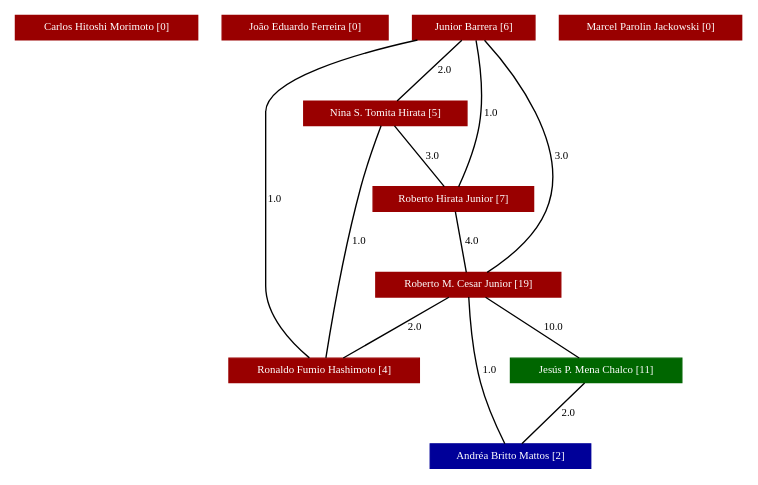
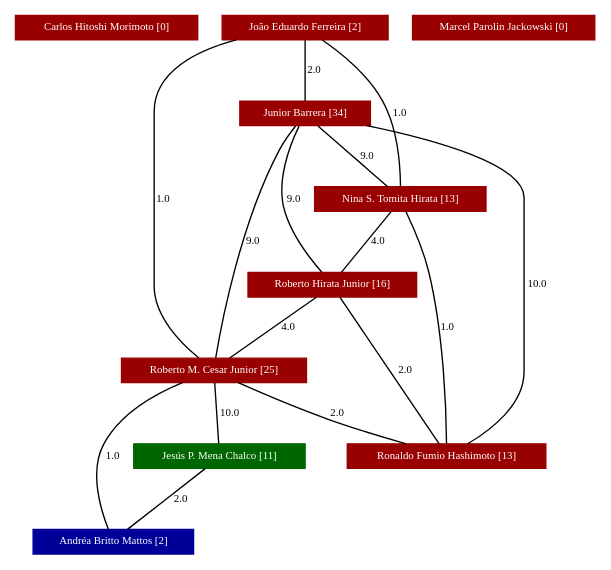
Before and after one commit to charles-souza/tcc-script-lattes: the diagram in exemplo/teste-02/grafoDeColaboracoesComPesos.dot, drawn with Graphviz. The commit also changed 330 other files, not shown here.

```diff
--- a/exemplo/teste-02/grafoDeColaboracoesComPesos.dot
+++ b/exemplo/teste-02/grafoDeColaboracoesComPesos.dot
@@ -1,25 +1,29 @@
 strict graph grafo2 {
-	graph [bb="0,0,534,338", id=grafo2, overlap=False];
+	graph [bb="0,0,426,402", id=grafo2, overlap=False];
 	node [label="\N", fontsize=8, shape=rectangle, style=filled];
-	0 [label="Carlos Hitoshi Morimoto [0]", URL="http://lattes.cnpq.br/4575931307749163", color="#990000", fontcolor="#FFFFFF", height="0.25", pos="67,329", width="1.8611"];
-	1 [label="João Eduardo Ferreira [0]", URL="http://lattes.cnpq.br/0131770792108992", color="#990000", fontcolor="#FFFFFF", height="0.25", pos="213,329", width="1.6944"];
-	2 [label="Junior Barrera [6]", URL="http://lattes.cnpq.br/0362417828475021", color="#990000", fontcolor="#FFFFFF", height="0.25", pos="337,329", width="1.25"];
-	5 [label="Roberto Hirata Junior [7]", URL="http://lattes.cnpq.br/1647118503085126", color="#990000", fontcolor="#FFFFFF", height="0.25", pos="219,201", width="1.6389"];
-	7 [label="Ronaldo Fumio Hashimoto [4]", URL="http://lattes.cnpq.br/9283304583756076", color="#990000", fontcolor="#FFFFFF", height="0.25", pos="434,73", width="1.9444"];
-	6 [label="Roberto M. Cesar Junior [19]", URL="http://lattes.cnpq.br/2240951178648368", color="#990000", fontcolor="#FFFFFF", height="0.25", pos="283,137", width="1.8889"];
-	4 [label="Nina S. Tomita Hirata [5]", URL="http://lattes.cnpq.br/0644408634493034", color="#990000", fontcolor="#FFFFFF", height="0.25", pos="394,265", width="1.6667"];
-	9 [label="Andréa Britto Mattos [2]", URL="http://lattes.cnpq.br/2837012019824386", color="#000099", fontcolor="#FFFFFF", height="0.25", pos="220,9", width="1.6389"];
-	8 [label="Jesús P. Mena Chalco [11]", URL="http://lattes.cnpq.br/4727357182510680", color="#006600", fontcolor="#FFFFFF", height="0.25", pos="283,73", width="1.75"];
-	3 [label="Marcel Parolin Jackowski [0]", URL="http://lattes.cnpq.br/0926213060635986", color="#990000", fontcolor="#FFFFFF", height="0.25", pos="467,329", width="1.8611"];
-	2 -- 5 [fontsize=8, label="1.0", lp="272,265", pos="317.89,319.78 309.41,315.15 299.65,309.02 292,302 260.6,273.18 234.3,228.9 223.84,210.03"];
-	2 -- 7 [fontsize=8, label="1.0", lp="489,201", pos="375.86,319.91 418.81,308.7 482,288.25 482,265 482,265 482,265 482,137 482,113.67 461.33,93.396 447.12,82.217"];
-	2 -- 6 [fontsize=8, label="3.0", lp="313,233", pos="333.51,319.8 327.4,303.49 314.6,268.35 306,238 296.54,204.61 288.27,164.16 284.77,146.27"];
-	2 -- 4 [fontsize=8, label="2.0", lp="375,297", pos="345.17,319.83 356,307.66 375.02,286.31 385.85,274.15"];
-	6 -- 9 [fontsize=8, label="1.0", lp="204,73", pos="255.89,127.83 235.65,119.39 209.43,104.7 197,82 185.39,60.787 201.91,32.84 212.43,18.455"];
-	6 -- 8 [fontsize=8, label="10.0", lp="292.5,105", pos="283,127.83 283,115.66 283,94.31 283,82.153"];
-	6 -- 7 [fontsize=8, label="2.0", lp="374,105", pos="304.31,127.97 332.93,115.84 383.5,94.406 412.31,82.195"];
-	4 -- 5 [fontsize=8, label="3.0", lp="352,233", pos="379.19,255.85 365.34,247.63 343.87,235.68 324,228 304.69,220.53 282.59,214.5 263.66,210.04"];
-	4 -- 7 [fontsize=8, label="1.0", lp="421,169", pos="395.88,256 402.58,223.82 425.31,114.71 432.08,82.207"];
-	5 -- 6 [fontsize=8, label="4.0", lp="261,169", pos="228.17,191.83 240.34,179.66 261.69,158.31 273.85,146.15"];
-	8 -- 9 [fontsize=8, label="2.0", lp="262,41", pos="273.97,63.83 262,51.664 240.98,30.31 229.01,18.153"];
+	0 [label="Carlos Hitoshi Morimoto [0]", URL="http://lattes.cnpq.br/4575931307749163", color="#990000", fontcolor="#FFFFFF", height="0.25", pos="67,393", width="1.8611"];
+	1 [label="João Eduardo Ferreira [2]", URL="http://lattes.cnpq.br/0131770792108992", color="#990000", fontcolor="#FFFFFF", height="0.25", pos="213,393", width="1.6944"];
+	4 [label="Nina S. Tomita Hirata [13]", URL="http://lattes.cnpq.br/0644408634493034", color="#990000", fontcolor="#FFFFFF", height="0.25", pos="284,265", width="1.75"];
+	6 [label="Roberto M. Cesar Junior [25]", URL="http://lattes.cnpq.br/2240951178648368", color="#990000", fontcolor="#FFFFFF", height="0.25", pos="145,137", width="1.8889"];
+	2 [label="Junior Barrera [34]", URL="http://lattes.cnpq.br/0362417828475021", color="#990000", fontcolor="#FFFFFF", height="0.25", pos="213,329", width="1.3333"];
+	7 [label="Ronaldo Fumio Hashimoto [13]", URL="http://lattes.cnpq.br/9283304583756076", color="#990000", fontcolor="#FFFFFF", height="0.25", pos="310,73", width="2.0278"];
+	9 [label="Andréa Britto Mattos [2]", URL="http://lattes.cnpq.br/2837012019824386", color="#000099", fontcolor="#FFFFFF", height="0.25", pos="90,9", width="1.6389"];
+	8 [label="Jesús P. Mena Chalco [11]", URL="http://lattes.cnpq.br/4727357182510680", color="#006600", fontcolor="#FFFFFF", height="0.25", pos="153,73", width="1.75"];
+	5 [label="Roberto Hirata Junior [16]", URL="http://lattes.cnpq.br/1647118503085126", color="#990000", fontcolor="#FFFFFF", height="0.25", pos="233,201", width="1.7222"];
+	3 [label="Marcel Parolin Jackowski [0]", URL="http://lattes.cnpq.br/0926213060635986", color="#990000", fontcolor="#FFFFFF", height="0.25", pos="359,393", width="1.8611"];
+	1 -- 4 [fontsize=8, label="1.0", lp="284,329", pos="226.61,383.76 239.88,373.99 259.52,357.35 270,338 281.31,317.12 283.59,288.54 283.98,274.12"];
+	1 -- 6 [fontsize=8, label="1.0", lp="108,265", pos="161.92,383.98 132.38,375.5 101,359.35 101,329 101,329 101,329 101,201 101,178.08 120.4,157.38 133.44,146.05"];
+	1 -- 2 [fontsize=8, label="2.0", lp="220,361", pos="213,383.83 213,371.66 213,350.31 213,338.15"];
+	6 -- 7 [fontsize=8, label="2.0", lp="235,105", pos="163.89,127.92 180.56,120.07 205.63,108.64 228,100 245.06,93.41 264.48,86.969 280.14,82.032"];
+	6 -- 9 [fontsize=8, label="1.0", lp="74,73", pos="121.84,127.87 103.25,119.16 78.44,104.07 67,82 55.869,60.53 72.19,32.691 82.555,18.391"];
+	6 -- 8 [fontsize=8, label="10.0", lp="158.5,105", pos="146.15,127.83 147.67,115.66 150.34,94.31 151.86,82.153"];
+	2 -- 4 [fontsize=8, label="9.0", lp="259,297", pos="223.17,319.83 236.67,307.66 260.36,286.31 273.85,274.15"];
+	2 -- 7 [fontsize=8, label="10.0", lp="384.5,201", pos="259.86,319.95 307.7,309.32 375,289.95 375,265 375,265 375,265 375,137 375,111.34 348.97,92.53 329.86,82.173"];
+	2 -- 6 [fontsize=8, label="9.0", lp="175,233", pos="205.64,319.91 201.8,314.86 197.24,308.32 194,302 165.49,246.43 150.87,171.62 146.47,146.02"];
+	2 -- 5 [fontsize=8, label="9.0", lp="205,265", pos="208.31,319.89 201.78,305.97 191.42,278.61 198,256 203.19,238.18 216.09,220.62 224.7,210.3"];
+	4 -- 7 [fontsize=8, label="1.0", lp="316,169", pos="288.29,255.91 293.1,245.2 300.67,226.74 304,210 313.42,162.6 311.68,104.23 310.55,82.09"];
+	4 -- 5 [fontsize=8, label="4.0", lp="268,233", pos="276.69,255.83 267,243.66 249.98,222.31 240.29,210.15"];
+	5 -- 7 [fontsize=8, label="2.0", lp="283,137", pos="238.54,191.79 252.74,168.18 290.36,105.65 304.51,82.122"];
+	5 -- 6 [fontsize=8, label="4.0", lp="201,169", pos="220.39,191.83 203.66,179.66 174.3,158.31 157.58,146.15"];
+	8 -- 9 [fontsize=8, label="2.0", lp="132,41", pos="143.97,63.83 132,51.664 110.98,30.31 99.01,18.153"];
 }
```
